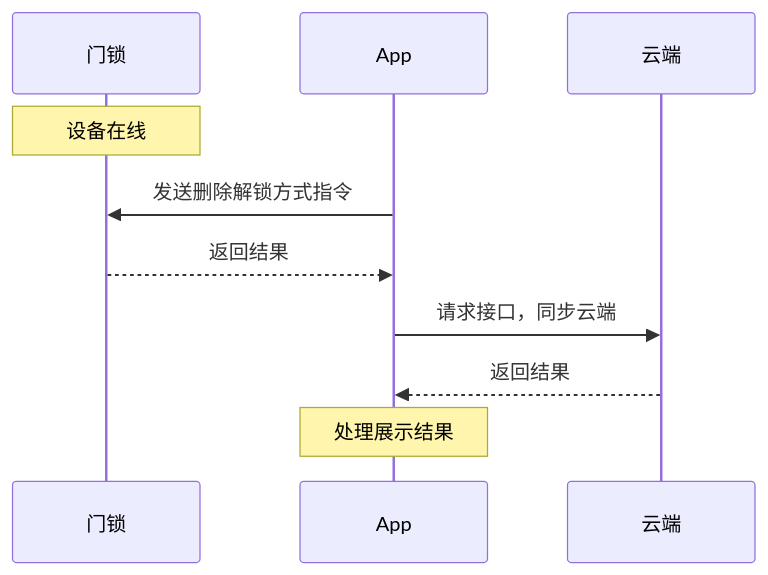
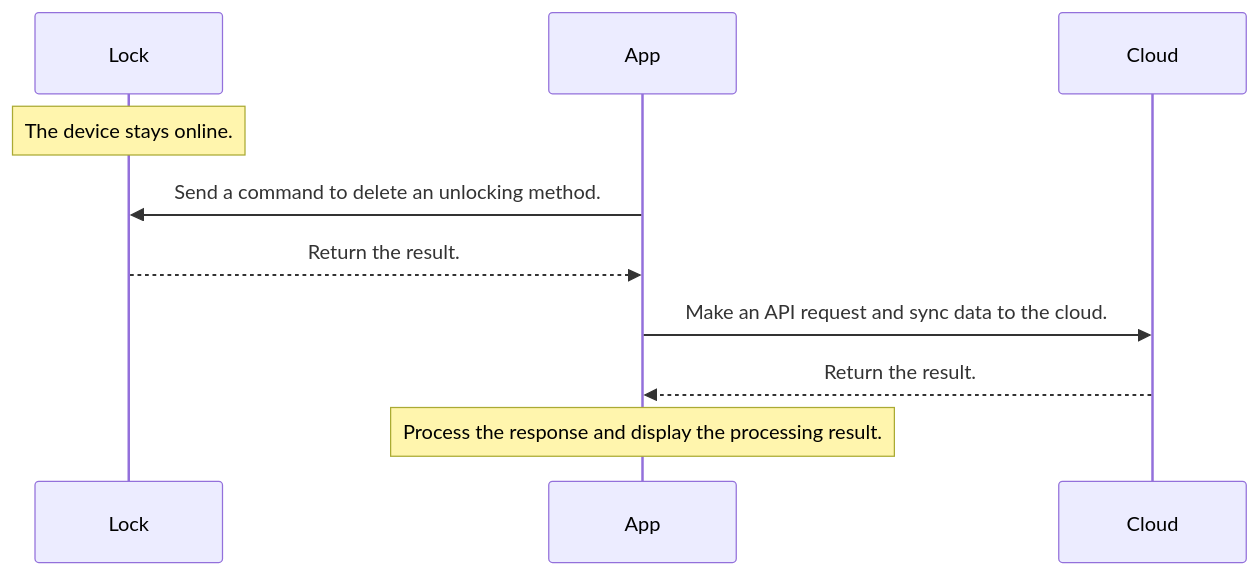
One commit to tuya/tuya-lock-android-demo changed the seventh of 11 diagrams in lock/README.md. Above: the diagram before and after it, drawn with Mermaid. The commit also changed other lines of this file and 1 other file, not shown here.

````diff
--- a/lock/README.md
+++ b/lock/README.md
@@ -1068,12 +1090,12 @@
 ```mermaid
 sequenceDiagram
-participant D as 门锁
+participant D as Lock
 participant A as App
-participant C as 云端
-Note over D: 设备在线
-A->>D: 发送删除解锁方式指令
-D-->>A: 返回结果
-A->>C: 请求接口，同步云端
-C-->>A: 返回结果
-Note over A: 处理展示结果
+participant C as Cloud
+Note over D: The device stays online.
+A->>D: Send a command to delete an unlocking method.
+D-->>A: Return the result.
+A->>C: Make an API request and sync data to the cloud.
+C-->>A: Return the result.
+Note over A: Process the response and display the processing result.
 ```
````
